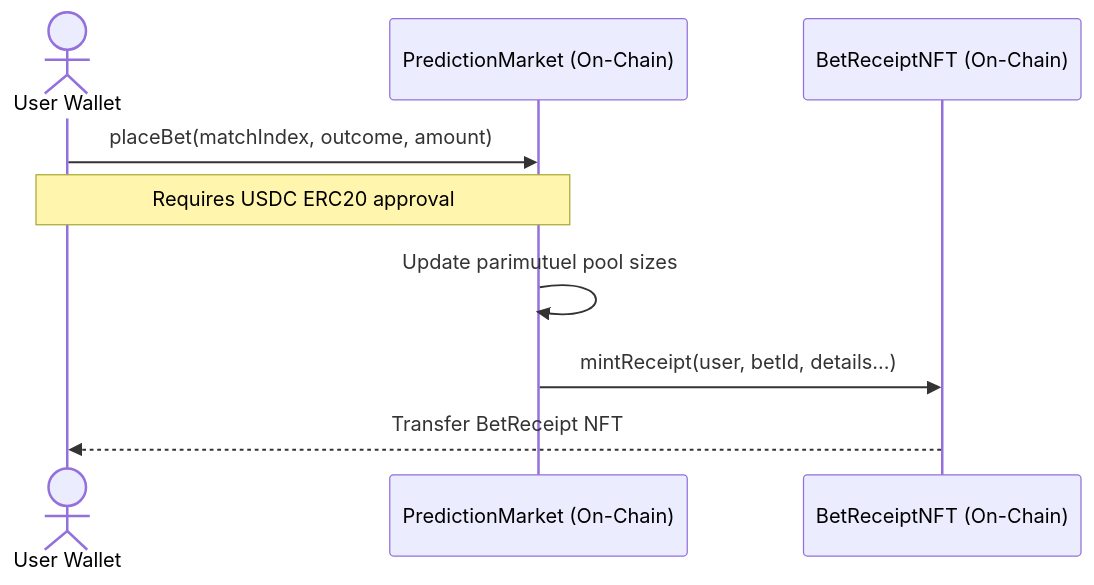
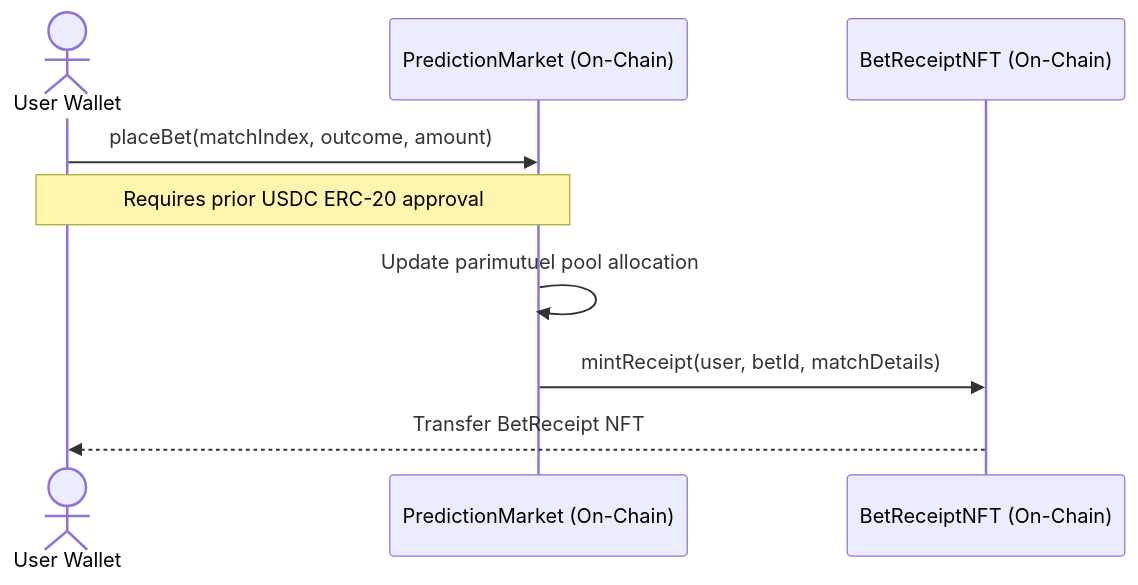
Before and after one commit to ritesh59697/ArcMarkets: the first of 2 diagrams in README.md, drawn with Mermaid. The commit also changed other lines of this file and 1 other file, not shown here.

Commit message:
docs: integrate user-provided refinements to README and WHITEPAPER

````diff
--- a/README.md
+++ b/README.md
@@ -60,12 +163,12 @@
 ```mermaid
 sequenceDiagram
     actor User as User Wallet
     participant Contract as PredictionMarket (On-Chain)
     participant NFT as BetReceiptNFT (On-Chain)
-    
+
     User->>Contract: placeBet(matchIndex, outcome, amount)
-    Note over User,Contract: Requires USDC ERC20 approval
-    Contract->>Contract: Update parimutuel pool sizes
-    Contract->>NFT: mintReceipt(user, betId, details...)
+    Note over User,Contract: Requires prior USDC ERC-20 approval
+    Contract->>Contract: Update parimutuel pool allocation
+    Contract->>NFT: mintReceipt(user, betId, matchDetails)
     NFT-->>User: Transfer BetReceipt NFT
 ```
````
